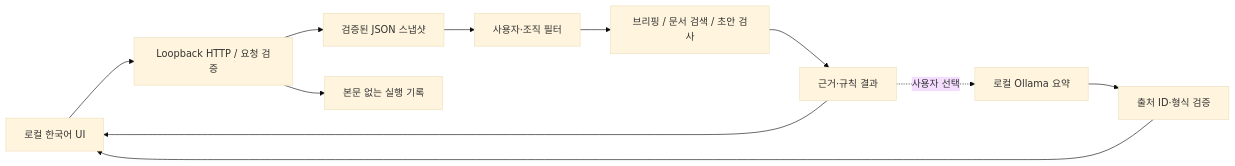
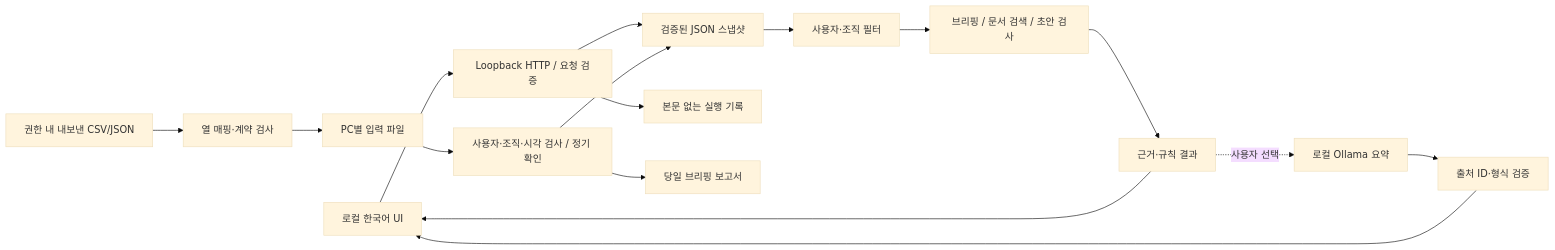
Before and after one commit to sysmetrix/groupware: the diagram in docs/architecture.md, drawn with Mermaid (base theme). The commit also changed other lines of this file and 26 other files, not shown here.

````diff
--- a/docs/architecture.md
+++ b/docs/architecture.md
@@ -5,13 +5,18 @@
 ```mermaid
 flowchart LR
   UI[로컬 한국어 UI] --> HTTP[Loopback HTTP / 요청 검증]
   HTTP --> Store[검증된 JSON 스냅샷]
   Store --> Scope[사용자·조직 필터]
   Scope --> Tasks[브리핑 / 문서 검색 / 초안 검사]
   Tasks --> Result[근거·규칙 결과]
   Result -. 사용자 선택 .-> LLM[로컬 Ollama 요약]
   LLM --> Check[출처 ID·형식 검증]
   Check --> UI
   Result --> UI
   HTTP --> Audit[본문 없는 실행 기록]
+  Export[권한 내 내보낸 CSV/JSON] --> Convert[열 매핑·계약 검사]
+  Convert --> Inbox[PC별 입력 파일]
+  Inbox --> Scheduler[사용자·조직·시각 검사 / 정기 확인]
+  Scheduler --> Store
+  Scheduler --> Report[당일 브리핑 보고서]
 ```
````
